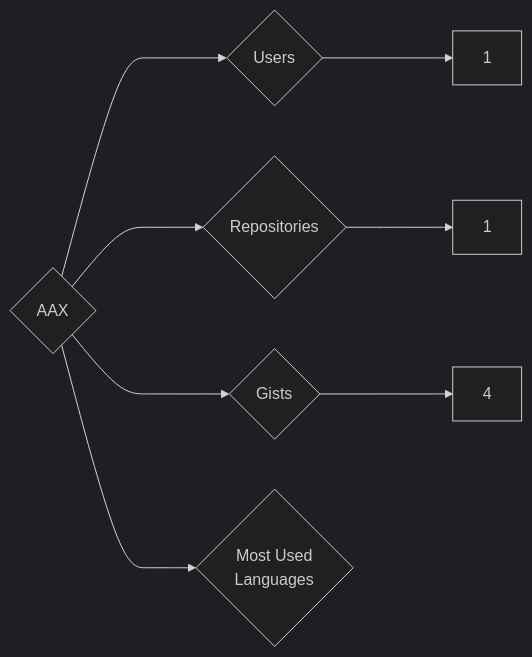
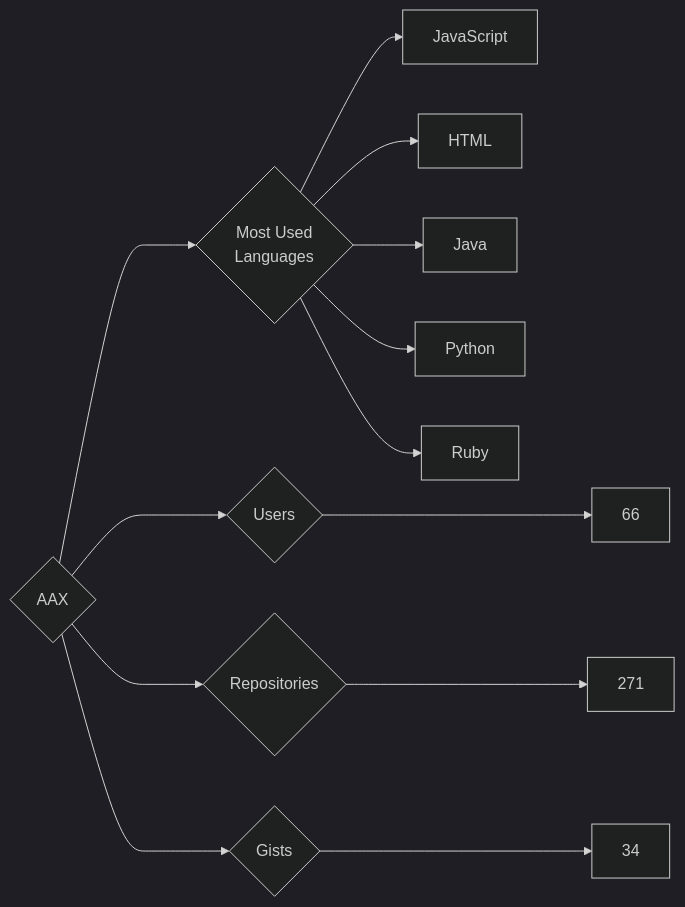
Before and after one commit to trickest/insiders: the diagram in targets/AAX/README.md, drawn with Mermaid (dark theme). The commit also changed 859 other files, not shown here.

````diff
--- a/targets/AAX/README.md
+++ b/targets/AAX/README.md
@@ -3,8 +3,13 @@
 ```mermaid
 graph LR
 COMPANY_NAME{AAX}
-COMPANY_NAME ---> U{Users} ---> UN[1]
-COMPANY_NAME ---> R{Repositories} ---> RN[1]
-COMPANY_NAME ---> G{Gists} ---> GN[4]
+COMPANY_NAME ---> U{Users} ---> UN[66]
+COMPANY_NAME ---> R{Repositories} ---> RN[271]
+COMPANY_NAME ---> G{Gists} ---> GN[34]
 COMPANY_NAME ---> ML{Most Used<br>Languages}
+ML --> JavaScript[JavaScript]
+ML --> HTML[HTML]
+ML --> Java[Java]
+ML --> Python[Python]
+ML --> Ruby[Ruby]
 ```
````
